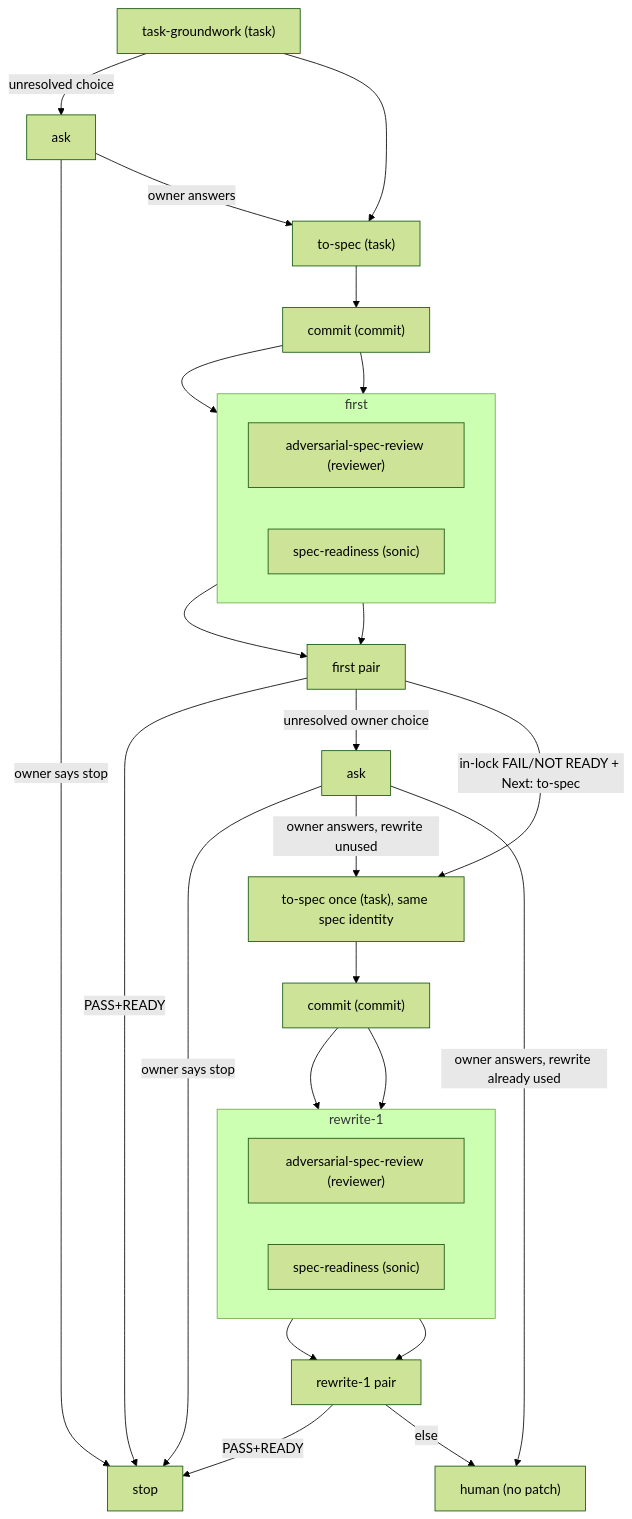
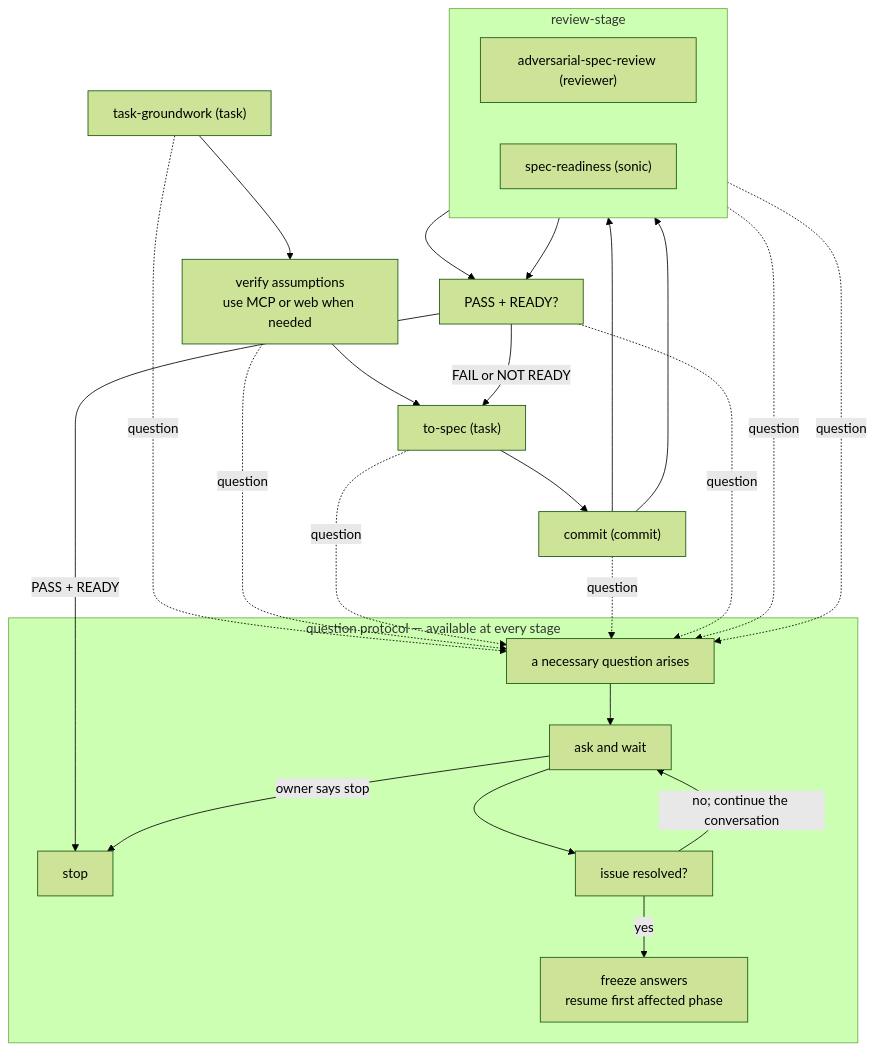
One commit to hburaktasyurek/Agent-Skills-and-Commands changed the diagram in skills/omp-task-to-spec/SKILL.md. Above: the diagram before and after it, drawn with Mermaid (forest theme). The commit also changed other lines of this file and 345 other files, not shown here.

First line of the commit message:
refactor(workflow): simplify spec review policy

````diff
--- a/skills/omp-task-to-spec/SKILL.md
+++ b/skills/omp-task-to-spec/SKILL.md
@@ -21,49 +22,45 @@
 ```mermaid
 flowchart TD
   gw["task-groundwork (task)"]
-  askGw["ask"]
-  askPair["ask"]
+  verify["verify assumptions<br/>use MCP or web when needed"]
   toSpec["to-spec (task)"]
-  toSpecOnce["to-spec once (task), same spec identity"]
-  commitFirst["commit (commit)"]
-  commitR1["commit (commit)"]
-  firstGate["first pair"]
-  r1Gate["rewrite-1 pair"]
+  commit["commit (commit)"]
+  gate["PASS + READY?"]
   stopNode["stop"]
-  human["human (no patch)"]
 
-  subgraph firstPair [first]
+  subgraph reviewStage [review-stage]
     direction LR
-    advFirst["adversarial-spec-review (reviewer)"]
-    readyFirst["spec-readiness (sonic)"]
+    adv["adversarial-spec-review (reviewer)"]
+    ready["spec-readiness (sonic)"]
   end
 
-  subgraph rewriteOne [rewrite-1]
-    direction LR
-    advR1["adversarial-spec-review (reviewer)"]
-    readyR1["spec-readiness (sonic)"]
+  gw --> verify
+  verify --> toSpec
+  toSpec --> commit
+  commit --> adv
+  commit --> ready
+  adv --> gate
+  ready --> gate
+  gate -->|"PASS + READY"| stopNode
+  gate -->|"FAIL or NOT READY"| toSpec
+
+  subgraph questionProtocol [question protocol — available at every stage]
+    question["a necessary question arises"]
+    talk["ask and wait"]
+    resolved["issue resolved?"]
+    resume["freeze answers<br/>resume first affected phase"]
+    question --> talk
+    talk --> resolved
+    resolved -->|"no; continue the conversation"| talk
+    resolved -->|"yes"| resume
+    talk -->|"owner says stop"| stopNode
   end
 
-  gw -->|"unresolved choice"| askGw
-  gw --> toSpec
-  askGw -->|"owner says stop"| stopNode
-  askGw -->|"owner answers"| toSpec
-  toSpec --> commitFirst
-  commitFirst --> advFirst
-  commitFirst --> readyFirst
-  advFirst --> firstGate
-  readyFirst --> firstGate
-  firstGate -->|"PASS+READY"| stopNode
-  firstGate -->|"unresolved owner choice"| askPair
-  firstGate -->|"in-lock FAIL/NOT READY + Next: to-spec"| toSpecOnce
-  askPair -->|"owner says stop"| stopNode
-  askPair -->|"owner answers, rewrite unused"| toSpecOnce
-  askPair -->|"owner answers, rewrite already used"| human
-  toSpecOnce --> commitR1
-  commitR1 --> advR1
-  commitR1 --> readyR1
-  advR1 --> r1Gate
-  readyR1 --> r1Gate
-  r1Gate -->|"PASS+READY"| stopNode
-  r1Gate -->|"else"| human
+  gw -.->|"question"| question
+  verify -.->|"question"| question
+  toSpec -.->|"question"| question
+  commit -.->|"question"| question
+  adv -.->|"question"| question
+  ready -.->|"question"| question
+  gate -.->|"question"| question
 ```
````
